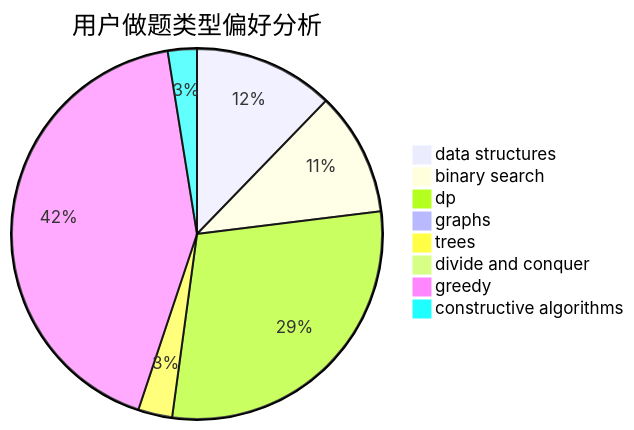
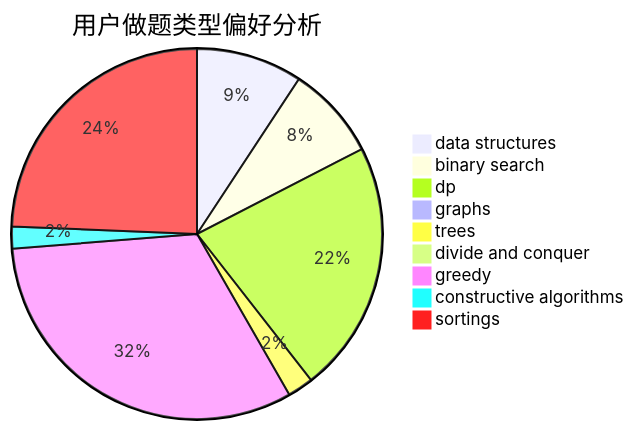
The second of 3 diagrams in docs/user/u856.md (sherpahu/cfrs.github.io), drawn with Mermaid before and after one commit. The commit also changed other lines of this file and 2769 other files, not shown here.

````diff
--- a/docs/user/u856.md
+++ b/docs/user/u856.md
@@ -23,11 +18,12 @@
 ```mermaid
 pie title 用户做题类型偏好分析
     "data structures" :  111
     "binary search" :  98
     "dp" :  264
     "graphs" :  7
     "trees" :  27
     "divide and conquer" :  3
     "greedy" :  384
     "constructive algorithms" :  23
+    "sortings" :  292
 ```
````
